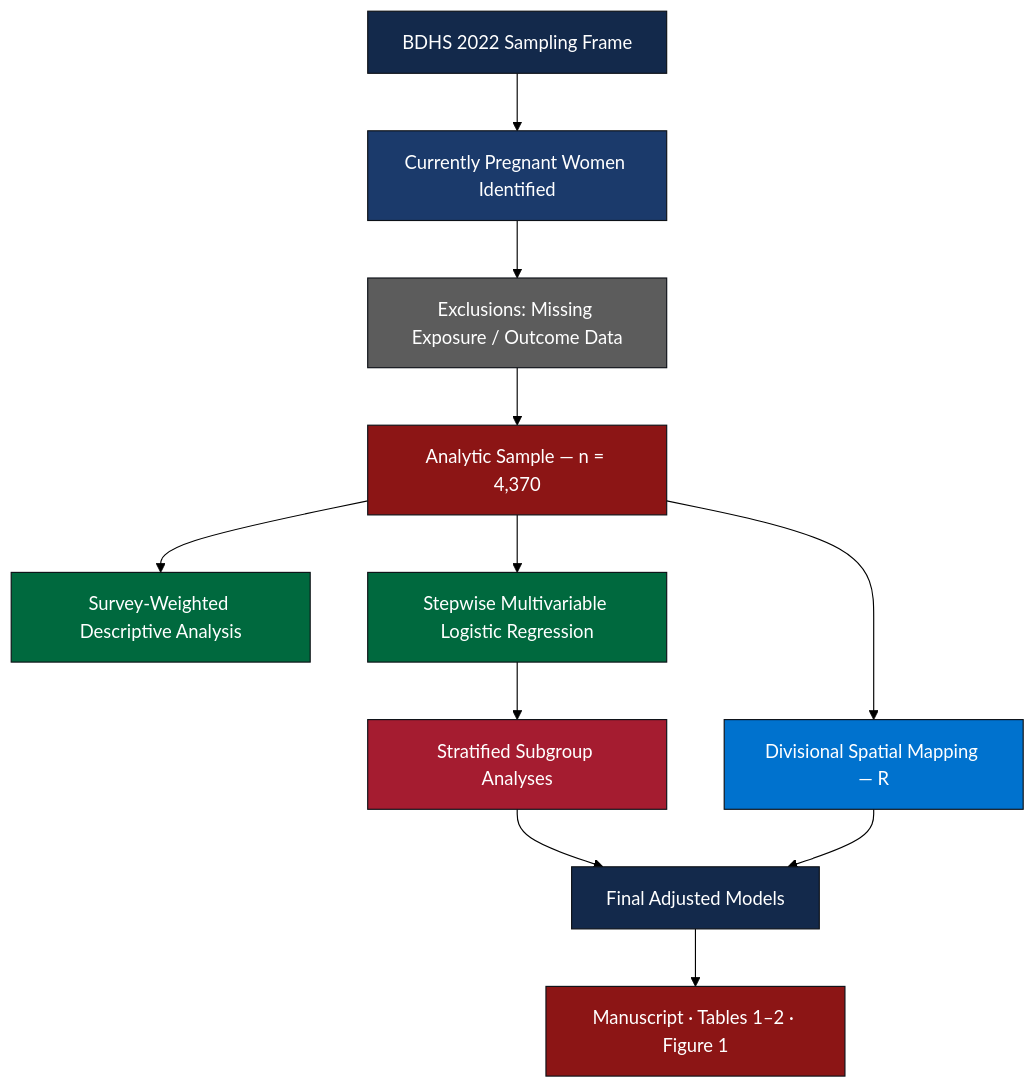
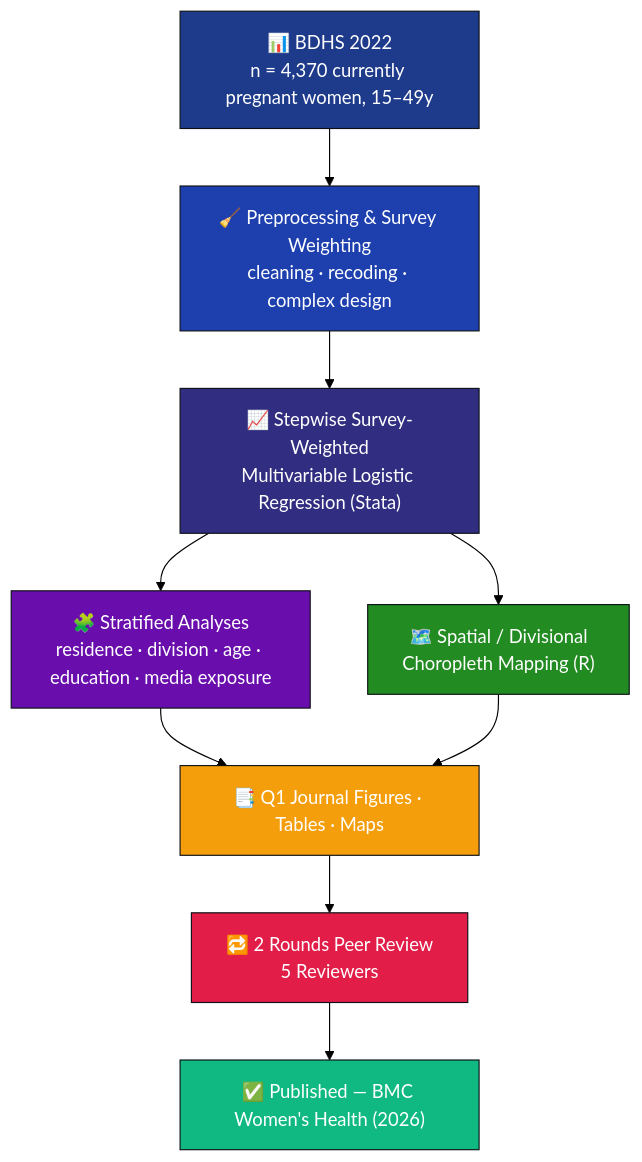
Before and after one commit to muhammadsalek/BDHS-Unmet-Need-Analysis: the first of 2 diagrams in README.md, drawn with Mermaid (forest theme). The commit also changed other lines of this file, not shown here.

````diff
--- a/README.md
+++ b/README.md
@@ -122,24 +149,20 @@
 ```mermaid
 flowchart TD
-    A[BDHS 2022 Sampling Frame] --> B[Currently Pregnant Women Identified]
-    B --> C[Exclusions: Missing Exposure / Outcome Data]
-    C --> D[Analytic Sample — n = 4,370]
-    D --> E[Survey-Weighted Descriptive Analysis]
-    D --> F[Stepwise Multivariable Logistic Regression]
-    F --> G[Stratified Subgroup Analyses]
-    D --> H[Divisional Spatial Mapping — R]
-    G --> I[Final Adjusted Models]
-    H --> I
-    I --> J[Manuscript · Tables 1–2 · Figure 1]
+    A["📊 BDHS 2022<br/>n = 4,370 currently pregnant women, 15–49y"] --> B["🧹 Preprocessing & Survey Weighting<br/>cleaning · recoding · complex design"]
+    B --> C["📈 Stepwise Survey-Weighted<br/>Multivariable Logistic Regression (Stata)"]
+    C --> D["🧩 Stratified Analyses<br/>residence · division · age · education · media exposure"]
+    C --> E["🗺️ Spatial / Divisional<br/>Choropleth Mapping (R)"]
+    D --> F["📑 Q1 Journal Figures · Tables · Maps"]
+    E --> F
+    F --> G["🔁 2 Rounds Peer Review<br/>5 Reviewers"]
+    G --> H["✅ Published — BMC Women's Health (2026)"]
 
-    style A fill:#13294B,stroke:#0d1117,color:#fff
-    style B fill:#1B3A6B,stroke:#0d1117,color:#fff
-    style C fill:#5C5C5C,stroke:#0d1117,color:#fff
-    style D fill:#8C1515,stroke:#0d1117,color:#fff
-    style E fill:#00693E,stroke:#0d1117,color:#fff
-    style F fill:#00693E,stroke:#0d1117,color:#fff
-    style G fill:#A51C30,stroke:#0d1117,color:#fff
-    style H fill:#0072CE,stroke:#0d1117,color:#fff
-    style I fill:#13294B,stroke:#0d1117,color:#fff
-    style J fill:#8C1515,stroke:#0d1117,color:#fff
+    style A fill:#1e3a8a,stroke:#0d1117,color:#fff
+    style B fill:#1e40af,stroke:#0d1117,color:#fff
+    style C fill:#312e81,stroke:#0d1117,color:#fff
+    style D fill:#6a0dad,stroke:#0d1117,color:#fff
+    style E fill:#228b22,stroke:#0d1117,color:#fff
+    style F fill:#f59e0b,stroke:#0d1117,color:#fff
+    style G fill:#e11d48,stroke:#0d1117,color:#fff
+    style H fill:#10b981,stroke:#0d1117,color:#fff
 ```
````
